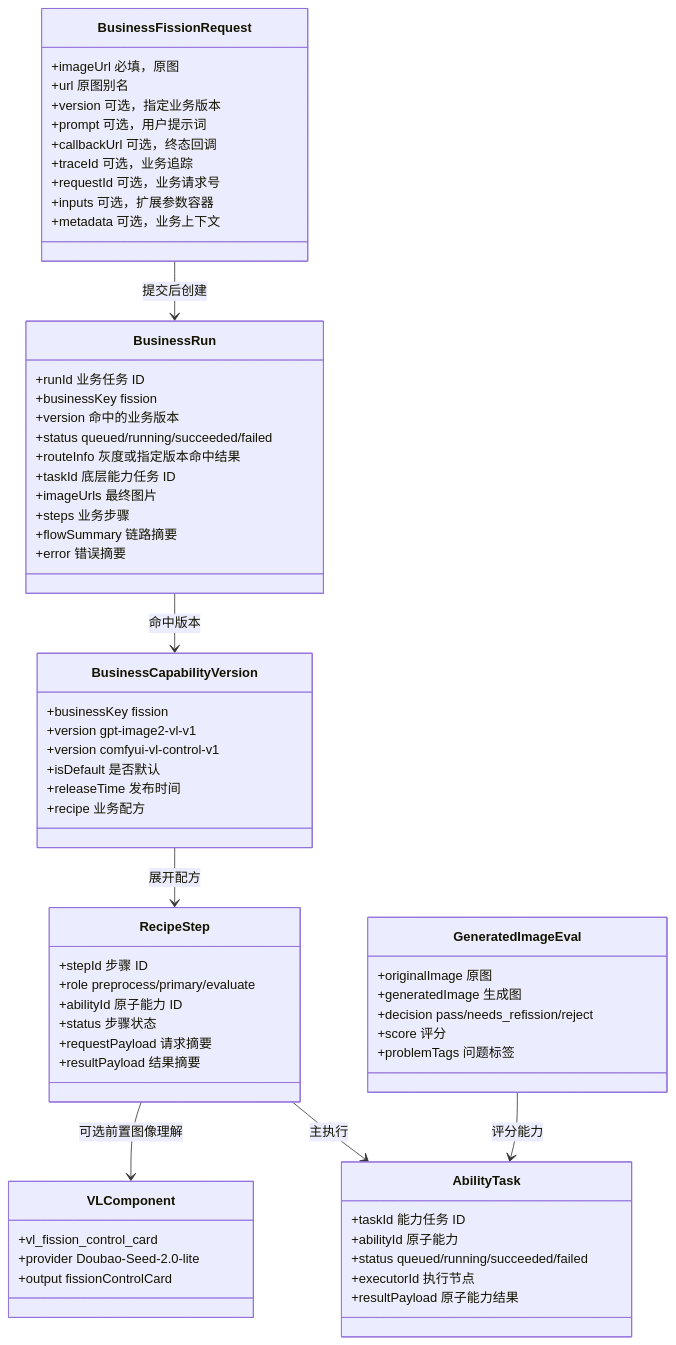
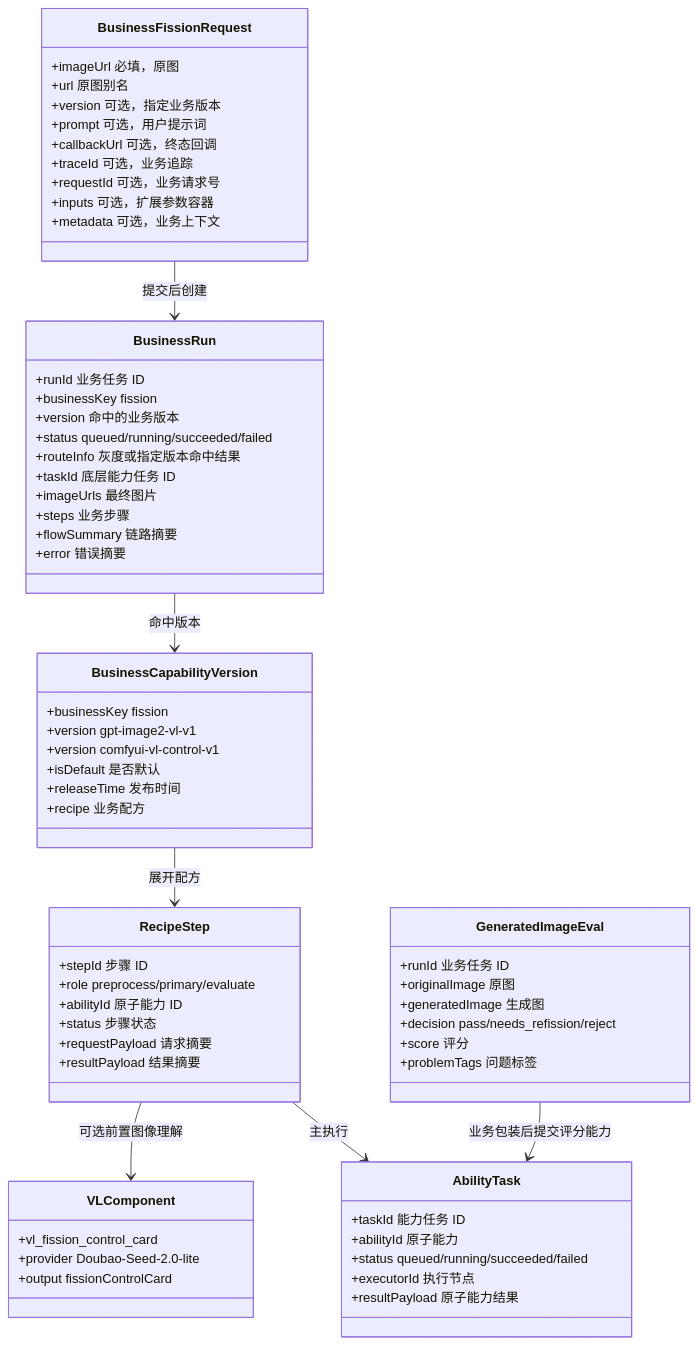
One commit to zhangx1234994/POD_AI changed the first of 3 diagrams in docs/api/examples/fission-delivery-contract-2026-05-12.md. Above: the diagram before and after it, drawn with Mermaid. The commit also changed other lines of this file and 34 other files, not shown here.

````diff
--- a/docs/api/examples/fission-delivery-contract-2026-05-12.md
+++ b/docs/api/examples/fission-delivery-contract-2026-05-12.md
@@ -47,74 +47,75 @@
 ```mermaid
 classDiagram
     class BusinessFissionRequest {
         +imageUrl 必填，原图
         +url 原图别名
         +version 可选，指定业务版本
         +prompt 可选，用户提示词
         +callbackUrl 可选，终态回调
         +traceId 可选，业务追踪
         +requestId 可选，业务请求号
         +inputs 可选，扩展参数容器
         +metadata 可选，业务上下文
     }
 
     class BusinessRun {
         +runId 业务任务 ID
         +businessKey fission
         +version 命中的业务版本
         +status queued/running/succeeded/failed
         +routeInfo 灰度或指定版本命中结果
         +taskId 底层能力任务 ID
         +imageUrls 最终图片
         +steps 业务步骤
         +flowSummary 链路摘要
         +error 错误摘要
     }
 
     class BusinessCapabilityVersion {
         +businessKey fission
         +version gpt-image2-vl-v1
         +version comfyui-vl-control-v1
         +isDefault 是否默认
         +releaseTime 发布时间
         +recipe 业务配方
     }
 
     class RecipeStep {
         +stepId 步骤 ID
         +role preprocess/primary/evaluate
         +abilityId 原子能力 ID
         +status 步骤状态
         +requestPayload 请求摘要
         +resultPayload 结果摘要
     }
 
     class AbilityTask {
         +taskId 能力任务 ID
         +abilityId 原子能力
         +status queued/running/succeeded/failed
         +executorId 执行节点
         +resultPayload 原子能力结果
     }
 
     class VLComponent {
         +vl_fission_control_card
         +provider Doubao-Seed-2.0-lite
         +output fissionControlCard
     }
 
     class GeneratedImageEval {
+        +runId 业务任务 ID
         +originalImage 原图
         +generatedImage 生成图
         +decision pass/needs_refission/reject
         +score 评分
         +problemTags 问题标签
     }
 
     BusinessFissionRequest --> BusinessRun : 提交后创建
     BusinessRun --> BusinessCapabilityVersion : 命中版本
     BusinessCapabilityVersion --> RecipeStep : 展开配方
     RecipeStep --> VLComponent : 可选前置图像理解
     RecipeStep --> AbilityTask : 主执行
-    GeneratedImageEval --> AbilityTask : 评分能力
+    GeneratedImageEval --> AbilityTask : 业务包装后提交评分能力
 ```
````
